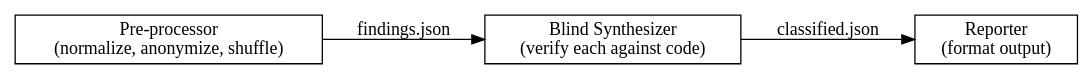
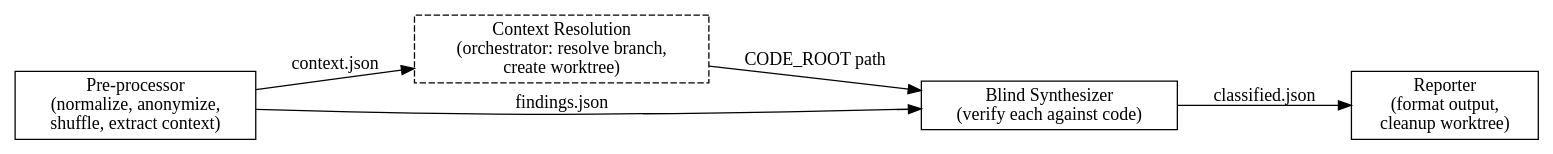
Before and after one commit to alexlazarian/claude-skills: the diagram in review-synthesis/SKILL.md, drawn with Graphviz. The commit also changed other lines of this file, not shown here.

First line of the commit message:
fix(review-synthesis): add context resolution to verify code against correct branch

````diff
--- a/review-synthesis/SKILL.md
+++ b/review-synthesis/SKILL.md
@@ -32,10 +32,13 @@
 ```dot
 digraph synthesis {
   rankdir=LR;
-  P [label="Pre-processor\n(normalize, anonymize, shuffle)" shape=box];
+  P [label="Pre-processor\n(normalize, anonymize,\nshuffle, extract context)" shape=box];
+  C [label="Context Resolution\n(orchestrator: resolve branch,\ncreate worktree)" shape=box style=dashed];
   S [label="Blind Synthesizer\n(verify each against code)" shape=box];
-  R [label="Reporter\n(format output)" shape=box];
+  R [label="Reporter\n(format output,\ncleanup worktree)" shape=box];
+  P -> C [label="context.json"];
+  C -> S [label="CODE_ROOT path"];
   P -> S [label="findings.json"];
   S -> R [label="classified.json"];
 }
 ```
````
